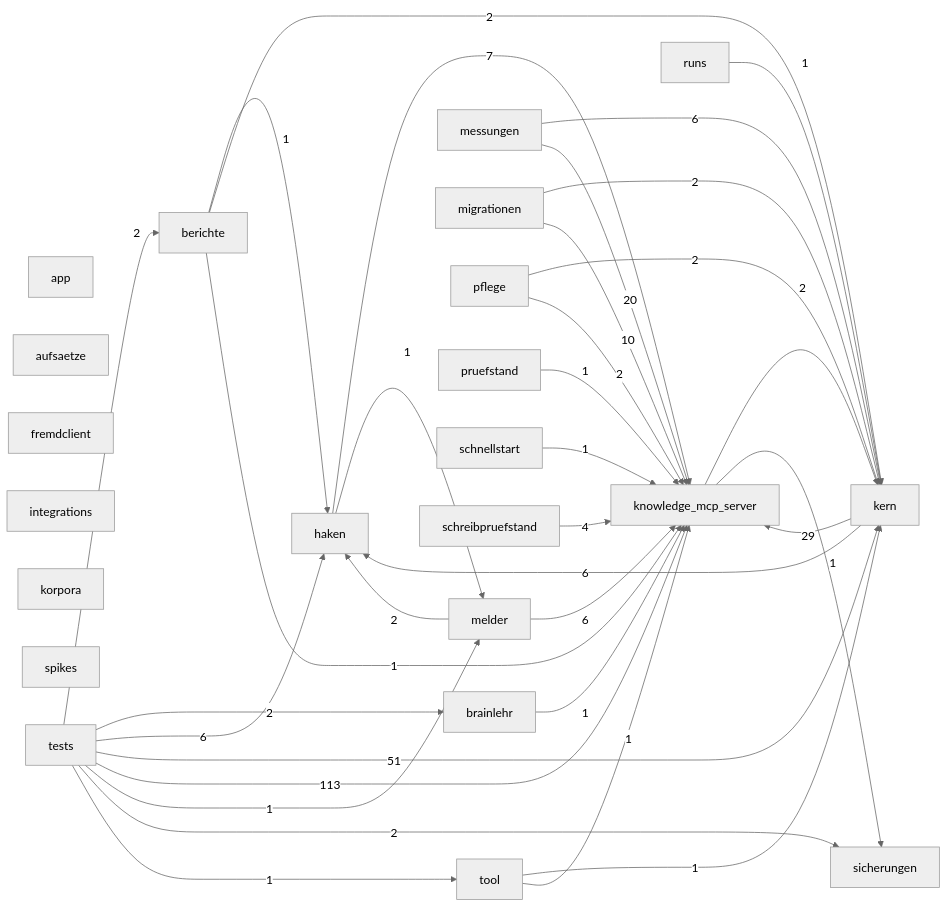
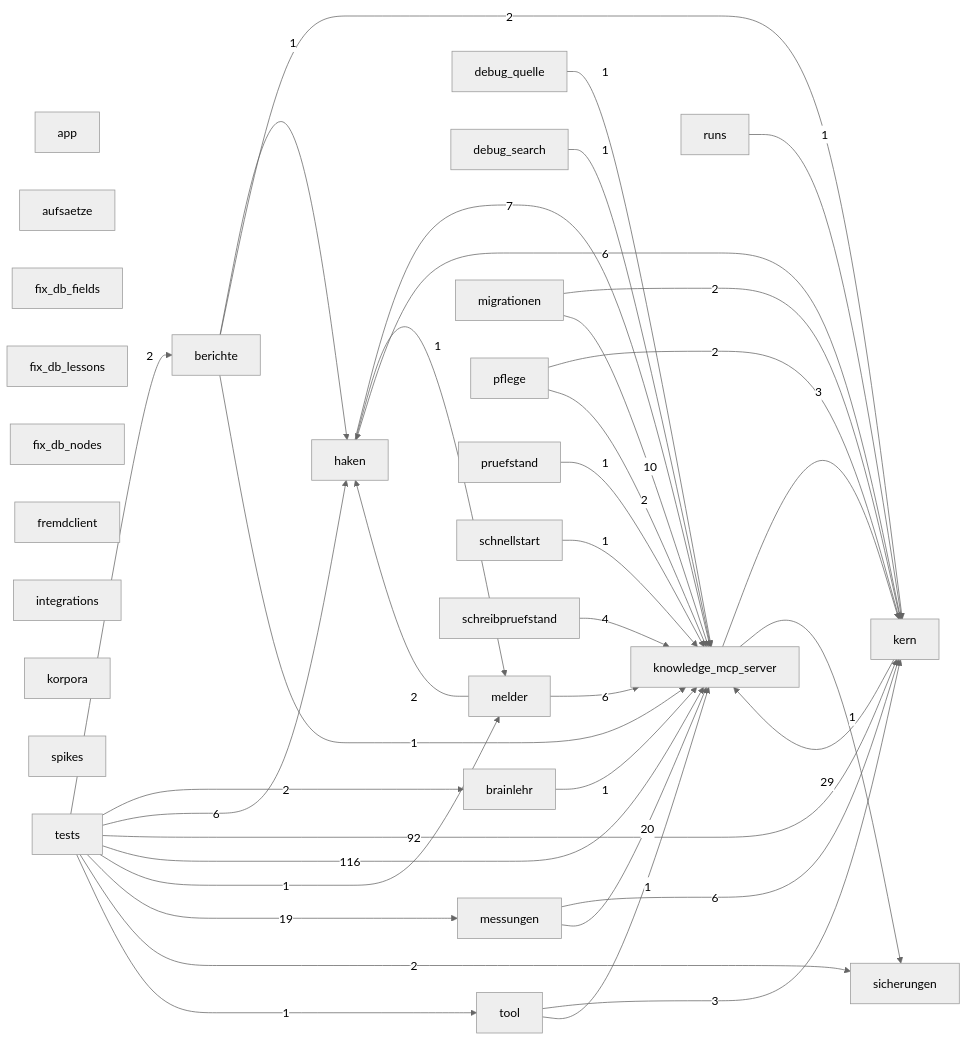
One commit to 3lehr/brainlehr changed the diagram in docs/karten/code-brainlehr.md. Above: the diagram before and after it, drawn with Mermaid (neutral theme). The commit also changed other lines of this file and 6 other files, not shown here.

````diff
--- a/docs/karten/code-brainlehr.md
+++ b/docs/karten/code-brainlehr.md
@@ -5,57 +5,65 @@
 ```mermaid
 graph LR
   app["app"]
   aufsaetze["aufsaetze"]
   berichte["berichte"]
   brainlehr["brainlehr"]
+  debug_quelle["debug_quelle"]
+  debug_search["debug_search"]
+  fix_db_fields["fix_db_fields"]
+  fix_db_lessons["fix_db_lessons"]
+  fix_db_nodes["fix_db_nodes"]
   fremdclient["fremdclient"]
   haken["haken"]
   integrations["integrations"]
   kern["kern"]
   knowledge_mcp_server["knowledge_mcp_server"]
   korpora["korpora"]
   melder["melder"]
   messungen["messungen"]
   migrationen["migrationen"]
   pflege["pflege"]
   pruefstand["pruefstand"]
   runs["runs"]
   schnellstart["schnellstart"]
   schreibpruefstand["schreibpruefstand"]
   sicherungen["sicherungen"]
   spikes["spikes"]
   tests["tests"]
   tool["tool"]
   berichte -->|1| haken
   berichte -->|2| kern
   berichte -->|1| knowledge_mcp_server
   brainlehr -->|1| knowledge_mcp_server
+  debug_quelle -->|1| knowledge_mcp_server
+  debug_search -->|1| knowledge_mcp_server
   haken -->|7| knowledge_mcp_server
   haken -->|1| melder
   kern -->|6| haken
   kern -->|29| knowledge_mcp_server
-  knowledge_mcp_server -->|2| kern
+  knowledge_mcp_server -->|3| kern
   knowledge_mcp_server -->|1| sicherungen
   melder -->|2| haken
   melder -->|6| knowledge_mcp_server
   messungen -->|6| kern
   messungen -->|20| knowledge_mcp_server
   migrationen -->|2| kern
   migrationen -->|10| knowledge_mcp_server
   pflege -->|2| kern
   pflege -->|2| knowledge_mcp_server
   pruefstand -->|1| knowledge_mcp_server
   runs -->|1| kern
   schnellstart -->|1| knowledge_mcp_server
   schreibpruefstand -->|4| knowledge_mcp_server
   tests -->|2| berichte
   tests -->|2| brainlehr
   tests -->|6| haken
-  tests -->|51| kern
-  tests -->|113| knowledge_mcp_server
+  tests -->|92| kern
+  tests -->|116| knowledge_mcp_server
   tests -->|1| melder
+  tests -->|19| messungen
   tests -->|2| sicherungen
   tests -->|1| tool
-  tool -->|1| kern
+  tool -->|3| kern
   tool -->|1| knowledge_mcp_server
 ```
````
